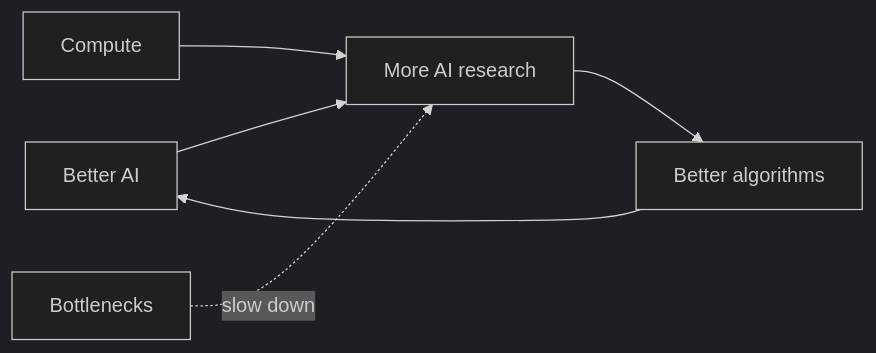
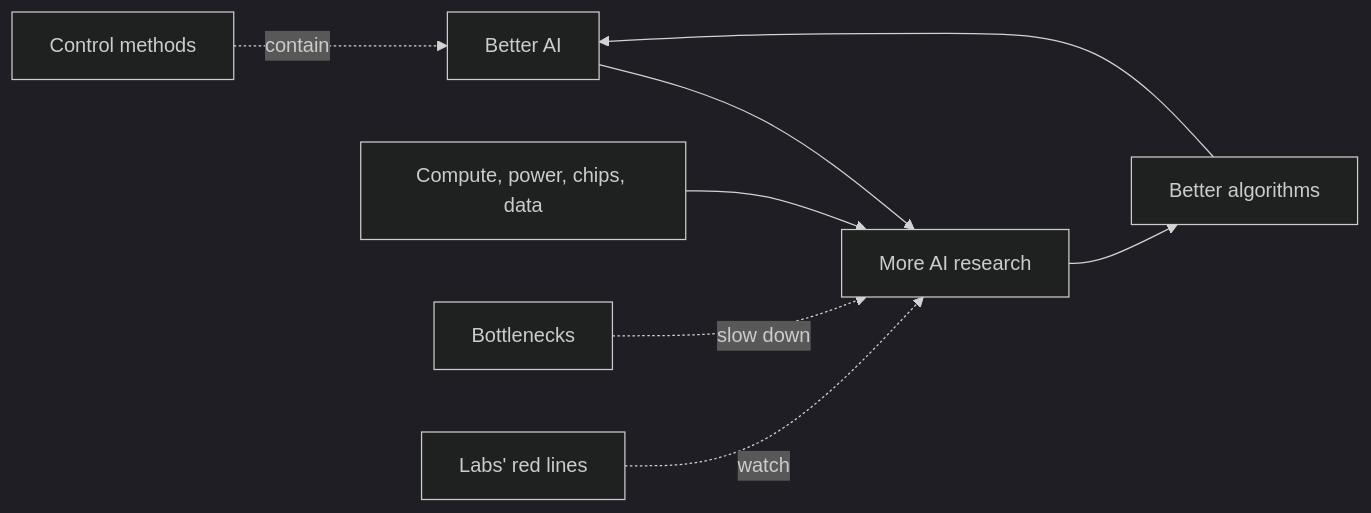
Before and after one commit to lo3elyon/ASI: the diagram in future-of-asi/explosion/README.md, drawn with Mermaid (dark theme). The commit also changed other lines of this file and 1575 other files, not shown here.

````diff
--- a/future-of-asi/explosion/README.md
+++ b/future-of-asi/explosion/README.md
@@ -37,8 +61,10 @@
 ```mermaid
 flowchart LR
   A[Better AI] --> B[More AI research]
   B --> C[Better algorithms]
   C --> A
-  D[Compute] --> B
+  D[Compute, power, chips, data] --> B
   E[Bottlenecks] -.slow down.-> B
+  F[Labs' red lines] -.watch.-> B
+  G[Control methods] -.contain.-> A
 ```
````
